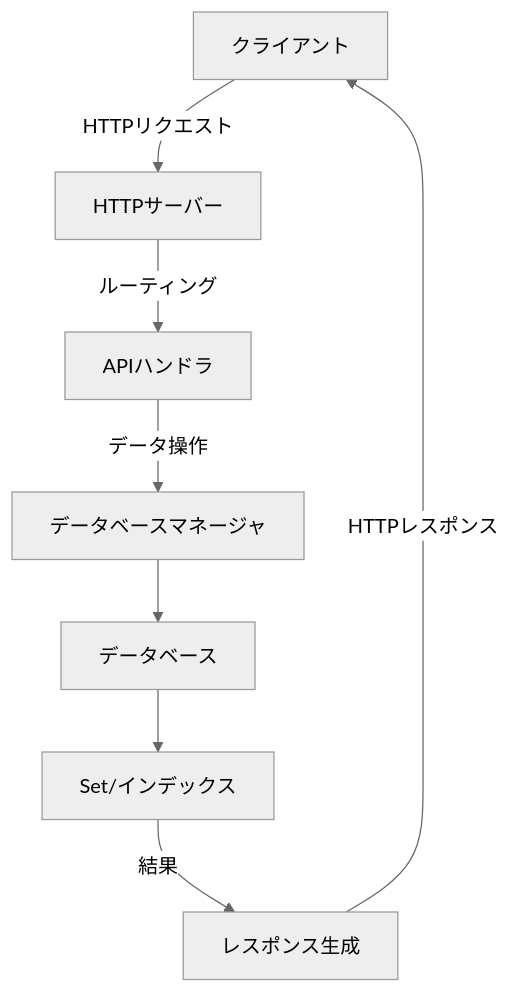
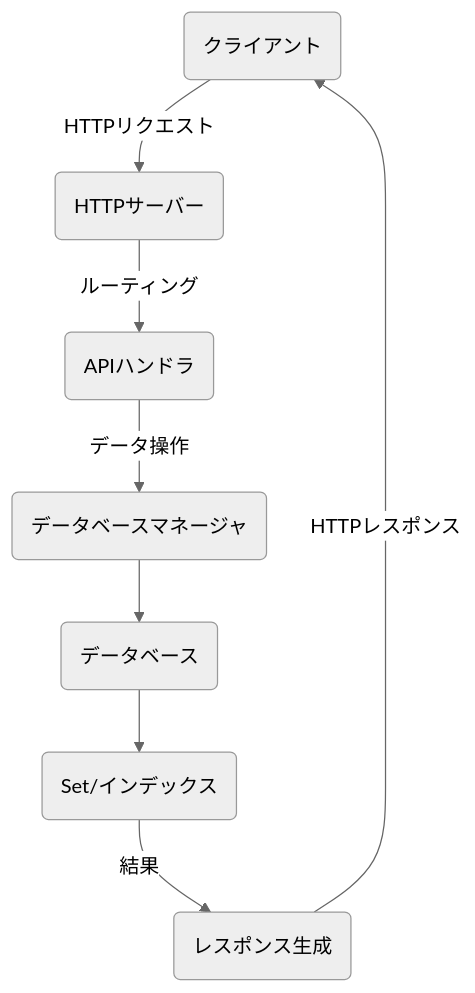
One commit to ssig33/fuckbase changed the first of 5 diagrams in textbooks/05_http_server_and_api.md. Above: the diagram before and after it, drawn with Mermaid (neutral theme). The commit also changed other lines of this file and 6 other files, not shown here.

Commit message:
Fix Mermaid diagrams in all textbooks by using parentheses for node text and curly braces for decision nodes

````diff
--- a/textbooks/05_http_server_and_api.md
+++ b/textbooks/05_http_server_and_api.md
@@ -9,10 +9,10 @@
 ```mermaid
 graph TD
-    A[クライアント] -->|HTTPリクエスト| B[HTTPサーバー]
-    B -->|ルーティング| C[APIハンドラ]
-    C -->|データ操作| D[データベースマネージャ]
-    D --> E[データベース]
-    E --> F[Set/インデックス]
-    F -->|結果| G[レスポンス生成]
+    A("クライアント") -->|HTTPリクエスト| B("HTTPサーバー")
+    B -->|ルーティング| C("APIハンドラ")
+    C -->|データ操作| D("データベースマネージャ")
+    D --> E("データベース")
+    E --> F("Set/インデックス")
+    F -->|結果| G("レスポンス生成")
     G -->|HTTPレスポンス| A
 ```
````
